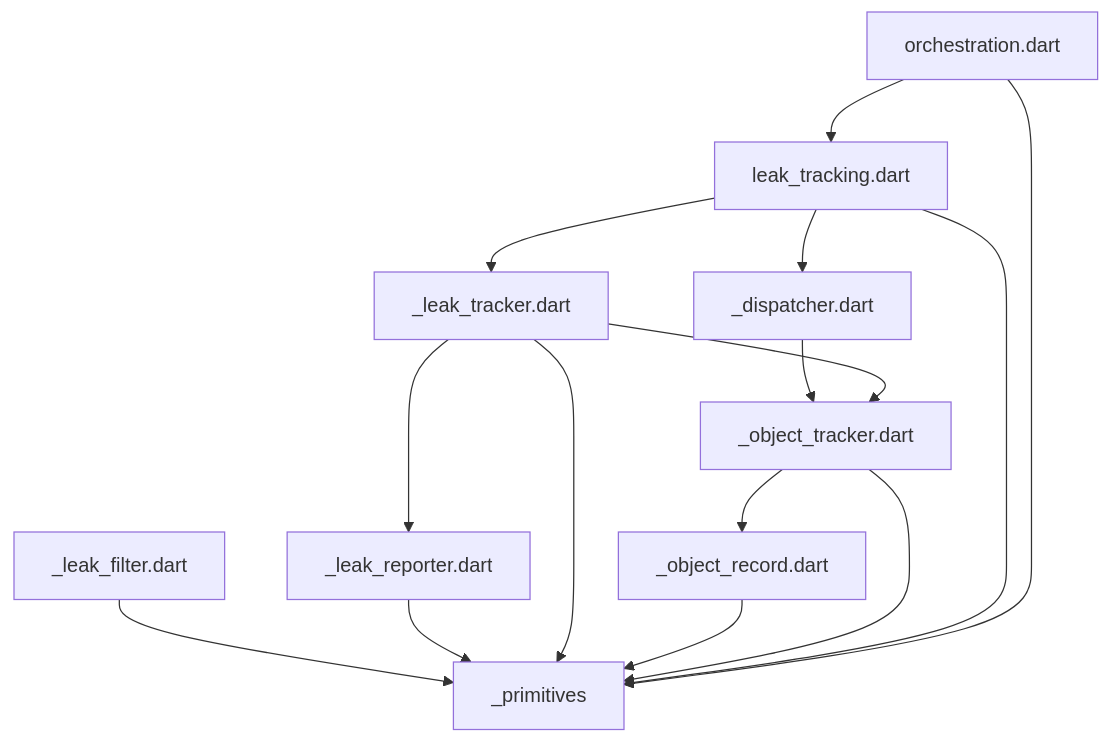
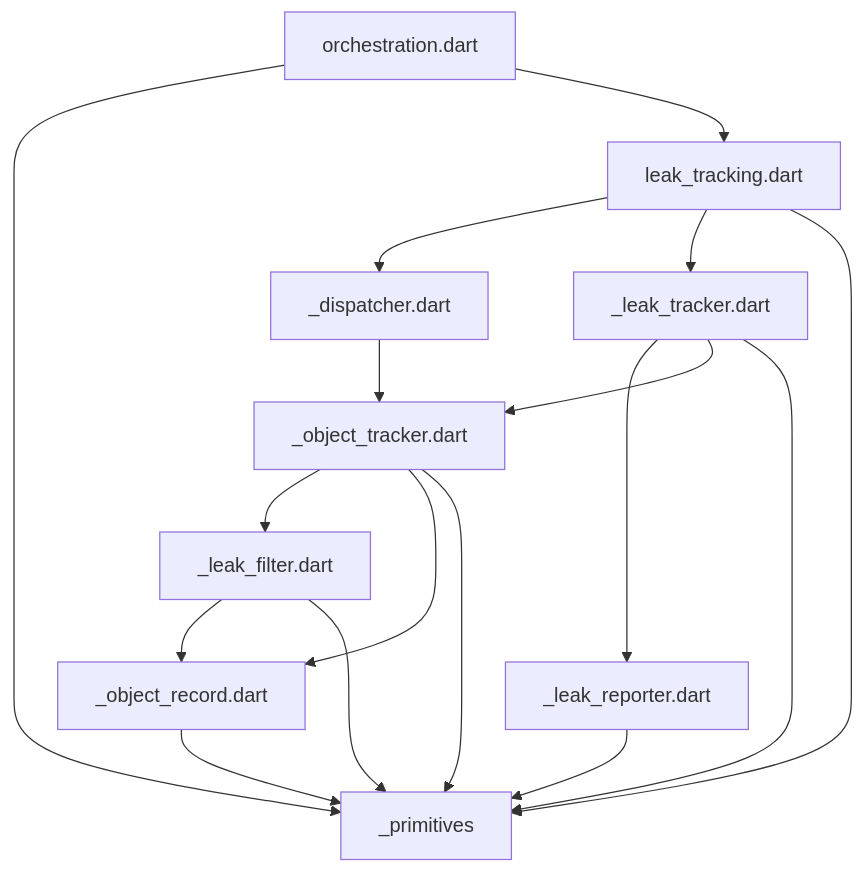
Before and after one commit to dart-lang/leak_tracker: the diagram in pkgs/leak_tracker/lib/src/leak_tracking/DEPENDENCIES.md, drawn with Mermaid. The commit also changed 5 other files, not shown here.

````diff
--- a/pkgs/leak_tracker/lib/src/leak_tracking/DEPENDENCIES.md
+++ b/pkgs/leak_tracker/lib/src/leak_tracking/DEPENDENCIES.md
@@ -6,17 +6,19 @@
 ```mermaid
 flowchart TD;
 _dispatcher.dart-->_object_tracker.dart;
+_leak_filter.dart-->_object_record.dart;
 _leak_filter.dart-->_primitives;
 _leak_reporter.dart-->_primitives;
 _leak_tracker.dart-->_leak_reporter.dart;
 _leak_tracker.dart-->_object_tracker.dart;
 _leak_tracker.dart-->_primitives;
 _object_record.dart-->_primitives;
+_object_tracker.dart-->_leak_filter.dart;
 _object_tracker.dart-->_object_record.dart;
 _object_tracker.dart-->_primitives;
 leak_tracking.dart-->_dispatcher.dart;
 leak_tracking.dart-->_leak_tracker.dart;
 leak_tracking.dart-->_primitives;
 orchestration.dart-->_primitives;
 orchestration.dart-->leak_tracking.dart;
 ```
````
